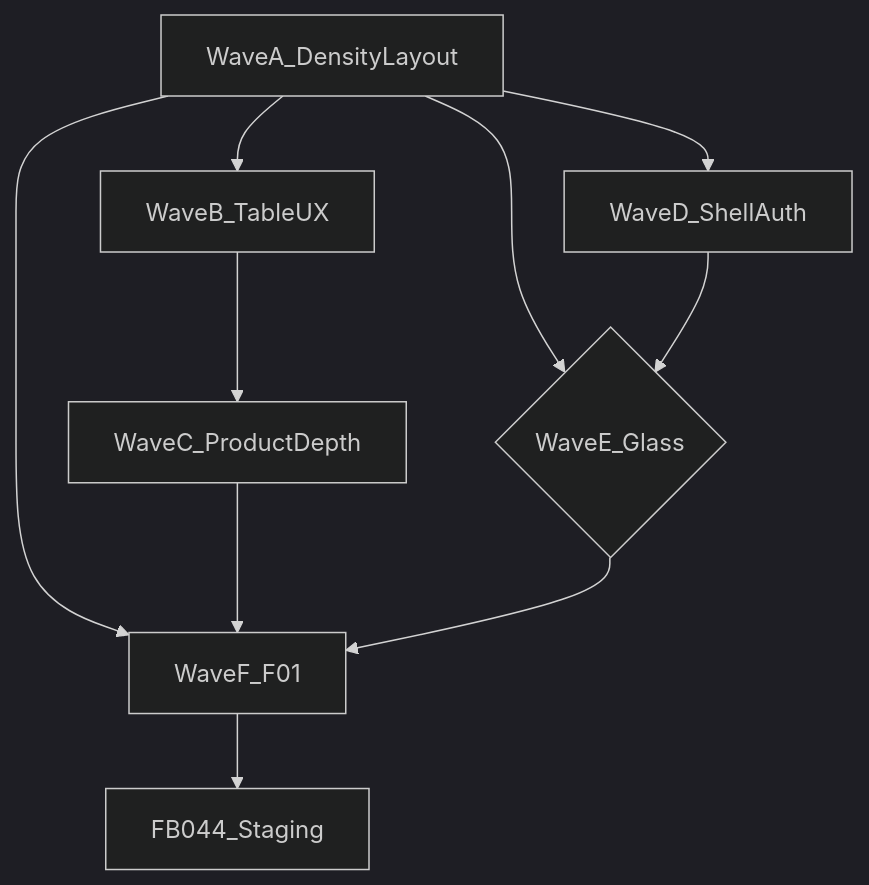
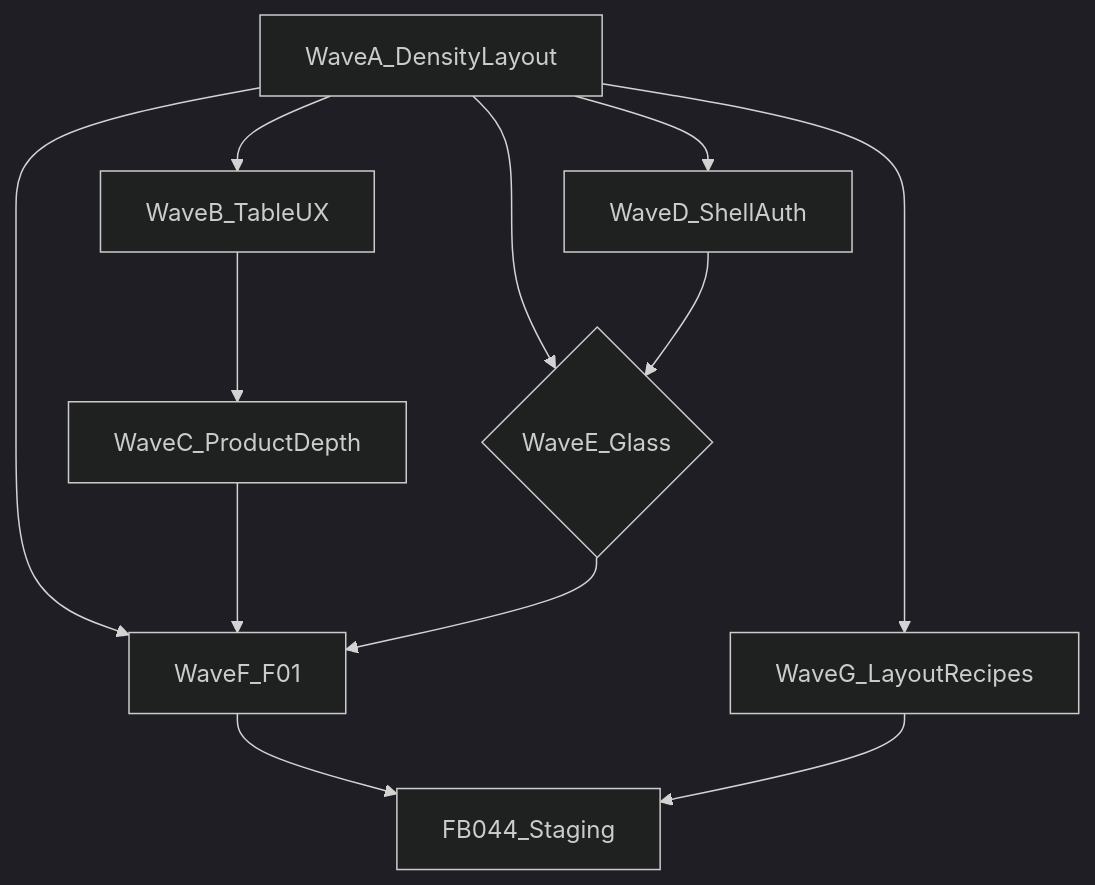
Before and after one commit to Mestryx-dev/SaaS-Multisite-Platform: the diagram in docs/design-system/admin-console-master-plan.md, drawn with Mermaid (dark theme). The commit also changed other lines of this file and 8 other files, not shown here.

First line of the commit message:
docs(ds): admin console layout recipes Wave G

````diff
--- a/docs/design-system/admin-console-master-plan.md
+++ b/docs/design-system/admin-console-master-plan.md
@@ -24,12 +25,14 @@
 ```mermaid
 flowchart TD
   A[WaveA_DensityLayout] --> B[WaveB_TableUX]
   A --> D[WaveD_ShellAuth]
   B --> C[WaveC_ProductDepth]
   A --> E{WaveE_Glass}
   D --> E
   A --> F[WaveF_F01]
   C --> F
   E --> F
+  A --> G[WaveG_LayoutRecipes]
   F --> Staging[FB044_Staging]
+  G --> Staging
 ```
````
